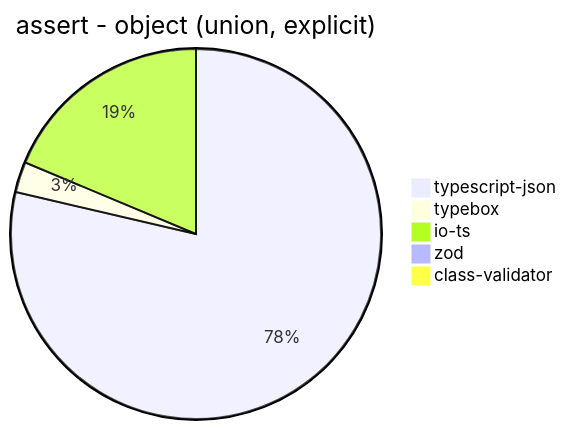
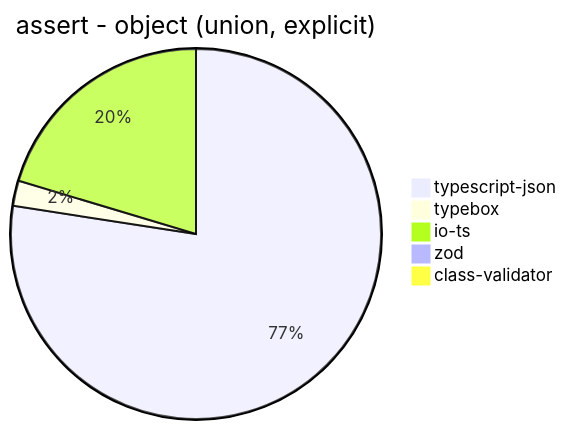
Before and after one commit to samchon/typia: diagram 11 of 38 in benchmark/results/11th Gen Intel(R) Core(TM) i5-1135G7 @ 2.40GHz.md, drawn with Mermaid. The commit also changed other lines of this file and 364 other files, not shown here.

````diff
--- a/benchmark/results/11th Gen Intel(R) Core(TM) i5-1135G7 @ 2.40GHz.md
+++ b/benchmark/results/11th Gen Intel(R) Core(TM) i5-1135G7 @ 2.40GHz.md
@@ -146,8 +146,8 @@
 ```mermaid
 pie title assert - object (union, explicit)
-  "typescript-json": 4397.815623843021
-  "typebox": 149.18243615653134
-  "io-ts": 1045.0254175744371
-  "zod": 32.826861752016505
-  "class-validator": 16.396497111980622
+  "typescript-json": 4281.6614129427035
+  "typebox": 121.81818181818181
+  "io-ts": 1125.5762493085008
+  "zod": 34.16383540958852
+  "class-validator": 16.499814608824618
 ```
````
